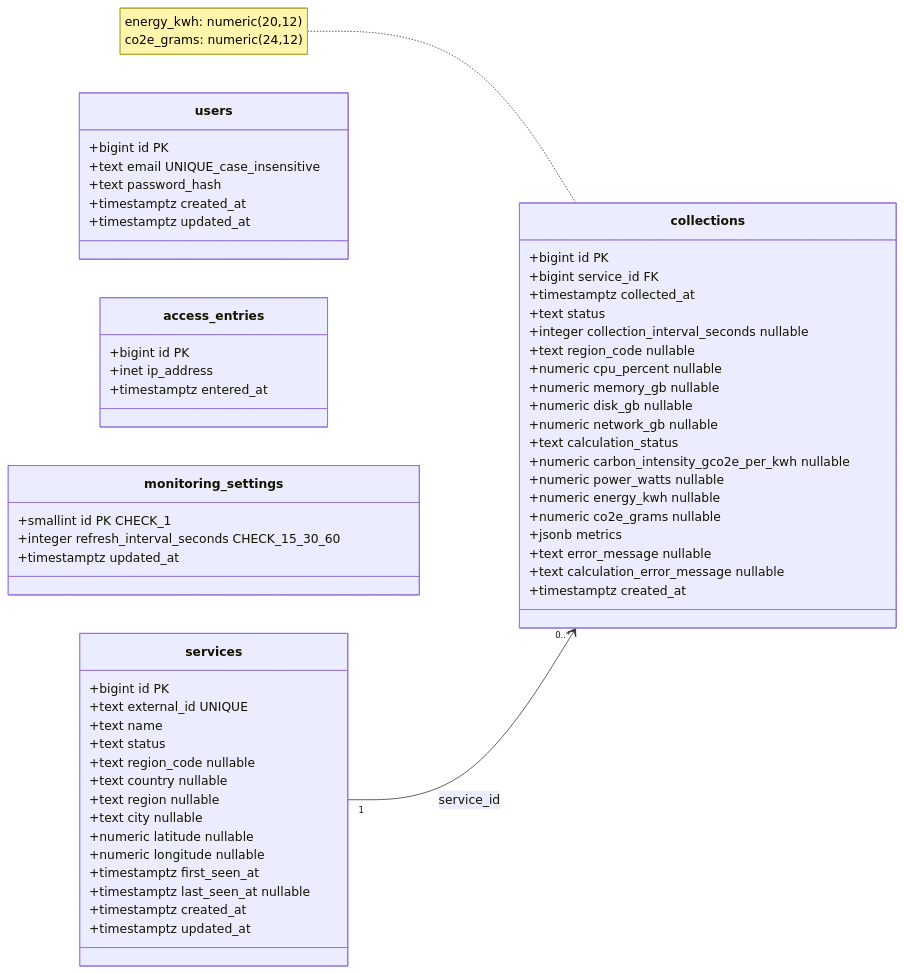
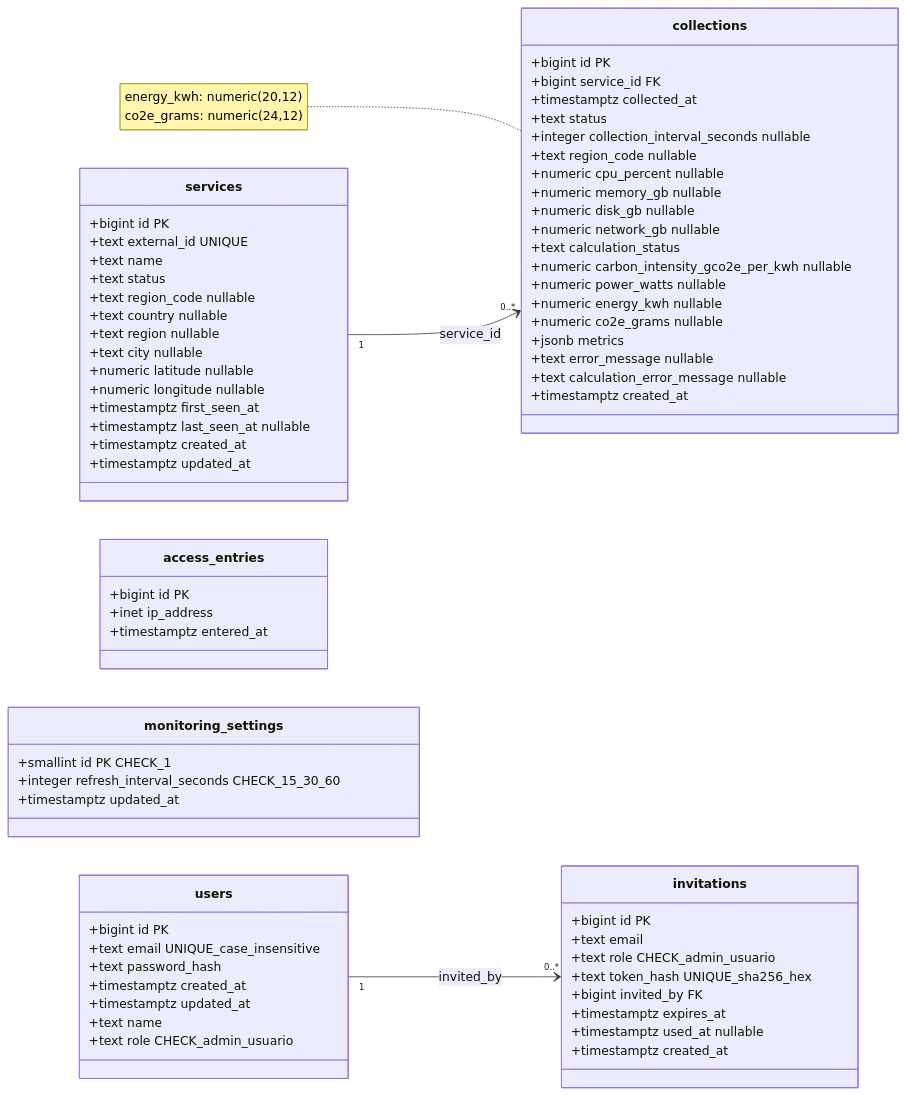
One commit to DEVassos/ecopulse-app changed the first of 5 diagrams in docs/arquitetura/modelagem-uml.md. Above: the diagram before and after it, drawn with Mermaid. The commit also changed other lines of this file and 5 other files, not shown here.

````diff
--- a/docs/arquitetura/modelagem-uml.md
+++ b/docs/arquitetura/modelagem-uml.md
@@ -15,60 +15,73 @@
 ```mermaid
 classDiagram
     direction LR
     class services {
         +bigint id PK
         +text external_id UNIQUE
         +text name
         +text status
         +text region_code nullable
         +text country nullable
         +text region nullable
         +text city nullable
         +numeric latitude nullable
         +numeric longitude nullable
         +timestamptz first_seen_at
         +timestamptz last_seen_at nullable
         +timestamptz created_at
         +timestamptz updated_at
     }
     class collections {
         +bigint id PK
         +bigint service_id FK
         +timestamptz collected_at
         +text status
         +integer collection_interval_seconds nullable
         +text region_code nullable
         +numeric cpu_percent nullable
         +numeric memory_gb nullable
         +numeric disk_gb nullable
         +numeric network_gb nullable
         +text calculation_status
         +numeric carbon_intensity_gco2e_per_kwh nullable
         +numeric power_watts nullable
         +numeric energy_kwh nullable
         +numeric co2e_grams nullable
         +jsonb metrics
         +text error_message nullable
         +text calculation_error_message nullable
         +timestamptz created_at
     }
     class users {
         +bigint id PK
         +text email UNIQUE_case_insensitive
         +text password_hash
         +timestamptz created_at
         +timestamptz updated_at
+        +text name
+        +text role CHECK_admin_usuario
+    }
+    class invitations {
+        +bigint id PK
+        +text email
+        +text role CHECK_admin_usuario
+        +text token_hash UNIQUE_sha256_hex
+        +bigint invited_by FK
+        +timestamptz expires_at
+        +timestamptz used_at nullable
+        +timestamptz created_at
     }
     class access_entries {
         +bigint id PK
         +inet ip_address
         +timestamptz entered_at
     }
     class monitoring_settings {
         +smallint id PK CHECK_1
         +integer refresh_interval_seconds CHECK_15_30_60
         +timestamptz updated_at
     }
     note for collections "energy_kwh: numeric(20,12)<br/>co2e_grams: numeric(24,12)"
     services "1" --> "0..*" collections : service_id
+    users "1" --> "0..*" invitations : invited_by
 ```
````
